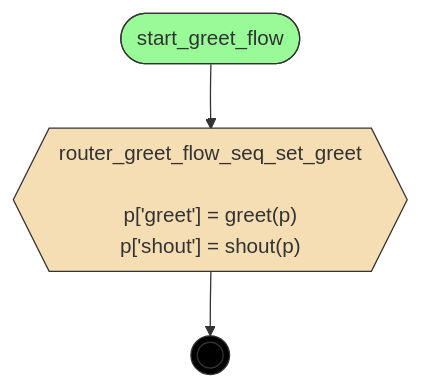
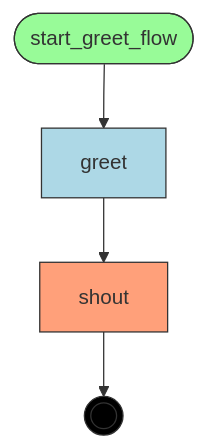
The diagram in examples/demo-skaffold/compiled/greet-flow/artifacts/flow.mmd (deliveryhero/asya), drawn with Mermaid before and after one commit. The commit also changed 12 other files, not shown here.

```diff
--- a/examples/demo-skaffold/compiled/greet-flow/artifacts/flow.mmd
+++ b/examples/demo-skaffold/compiled/greet-flow/artifacts/flow.mmd
@@ -1,18 +1,21 @@
 flowchart TD
     %% Flow: greet_flow
 
-    router_greet_flow_seq_set_greet{{"router_greet_flow_seq_set_greet<br/><br/>p['greet'] = greet(p)<br/>p['shout'] = shout(p)"}}
+    greet[greet]
+    shout[shout]
     start_greet_flow([start_greet_flow])
     __end__((( )))
 
-    start_greet_flow --> router_greet_flow_seq_set_greet
-    router_greet_flow_seq_set_greet --> __end__
+    start_greet_flow --> greet
+    greet --> shout
+    shout --> __end__
 
     classDef start fill:#98FB98,stroke:#333
     classDef endnode fill:#FFA07A,stroke:#333
     classDef router fill:#F5DEB3,stroke:#333
     classDef handler fill:#ADD8E6,stroke:#333
     classDef endpoint fill:#000,stroke:#333,color:#fff
     class start_greet_flow start
-    class router_greet_flow_seq_set_greet router
+    class shout endnode
+    class greet handler
     class __end__ endpoint
```
